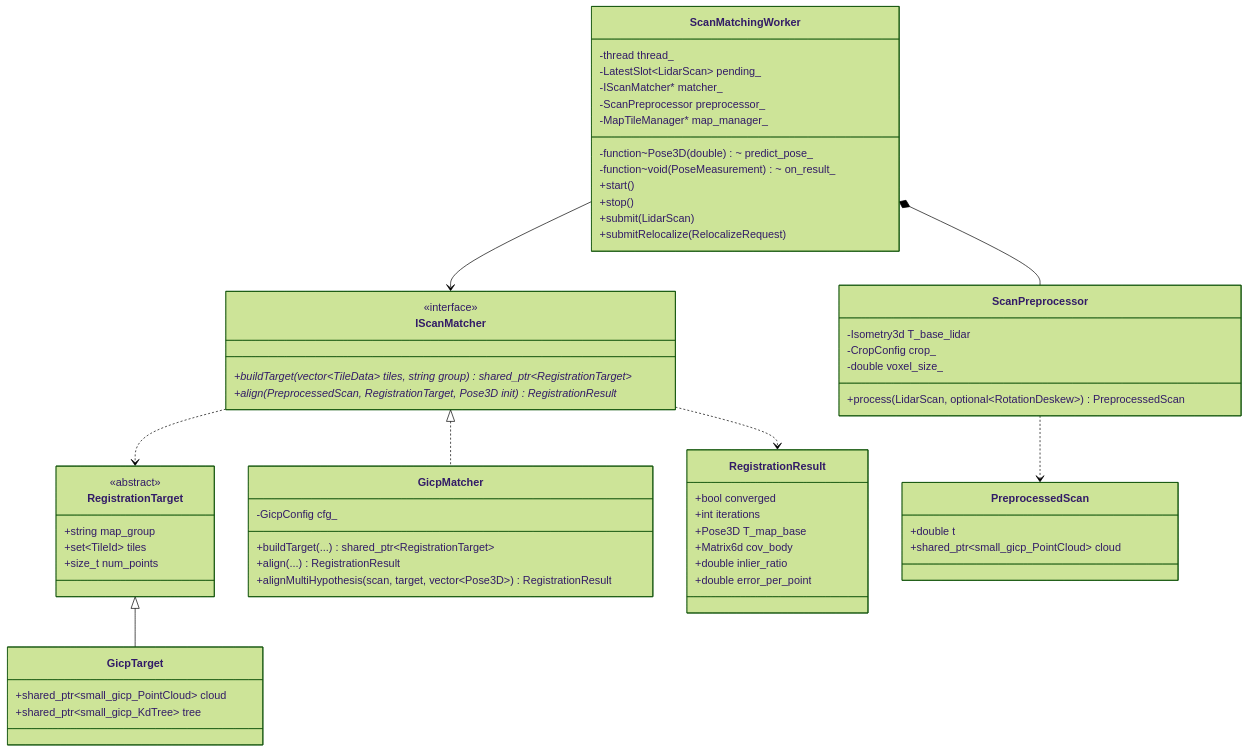
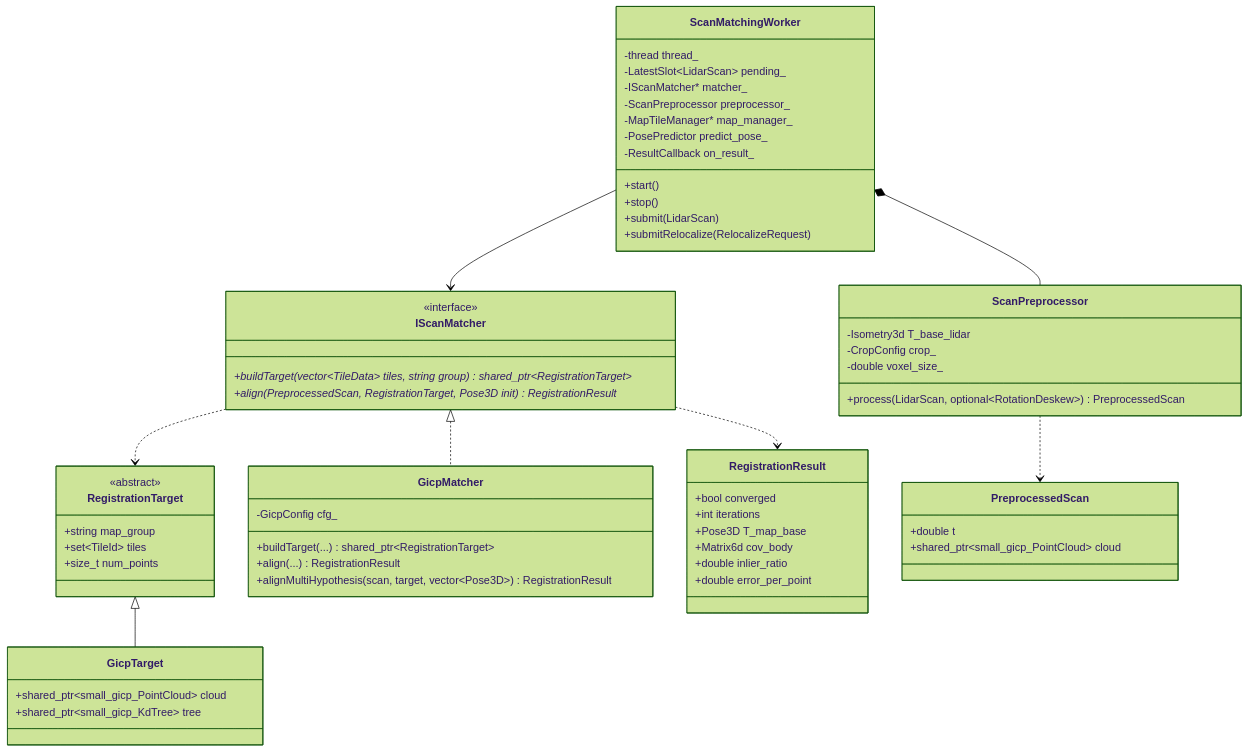
Before and after one commit to mamoru1126/gnss_and_lidar_localization: the ninth of 14 diagrams in docs/architecture.md, drawn with Mermaid (forest theme). The commit also changed other lines of this file and 2 other files, not shown here.

First line of the commit message:
docs: GitHub 上での数式・Mermaid 図の表示崩れを修正

````diff
--- a/docs/architecture.md
+++ b/docs/architecture.md
@@ -612,65 +605,64 @@
 ```mermaid
 classDiagram
-  direction TB
 
   class IScanMatcher {
     <<interface>>
     +buildTarget(vector~TileData~ tiles, string group) shared_ptr~RegistrationTarget~*
     +align(PreprocessedScan, RegistrationTarget, Pose3D init) RegistrationResult*
   }
   class RegistrationTarget {
     <<abstract>>
     +string map_group
     +set~TileId~ tiles
     +size_t num_points
   }
   class GicpTarget {
     +shared_ptr~small_gicp_PointCloud~ cloud
     +shared_ptr~small_gicp_KdTree~ tree
   }
   class GicpMatcher {
     -GicpConfig cfg_
     +buildTarget(...) shared_ptr~RegistrationTarget~
     +align(...) RegistrationResult
     +alignMultiHypothesis(scan, target, vector~Pose3D~) RegistrationResult
   }
   class RegistrationResult {
     +bool converged
     +int iterations
     +Pose3D T_map_base
     +Matrix6d cov_body
     +double inlier_ratio
     +double error_per_point
   }
   class ScanPreprocessor {
     -Isometry3d T_base_lidar
     -CropConfig crop_
     -double voxel_size_
     +process(LidarScan, optional~RotationDeskew~) PreprocessedScan
   }
   class PreprocessedScan {
     +double t
     +shared_ptr~small_gicp_PointCloud~ cloud
   }
   class ScanMatchingWorker {
     -thread thread_
     -LatestSlot~LidarScan~ pending_
     -IScanMatcher* matcher_
     -ScanPreprocessor preprocessor_
     -MapTileManager* map_manager_
-    -function~Pose3D(double)~ predict_pose_
-    -function~void(PoseMeasurement)~ on_result_
+    -PosePredictor predict_pose_
+    -ResultCallback on_result_
     +start()
     +stop()
     +submit(LidarScan)
     +submitRelocalize(RelocalizeRequest)
   }
 
   IScanMatcher <|.. GicpMatcher
   RegistrationTarget <|-- GicpTarget
   IScanMatcher ..> RegistrationTarget
   IScanMatcher ..> RegistrationResult
   ScanMatchingWorker *-- ScanPreprocessor
   ScanMatchingWorker --> IScanMatcher
   ScanPreprocessor ..> PreprocessedScan
 ```
````
